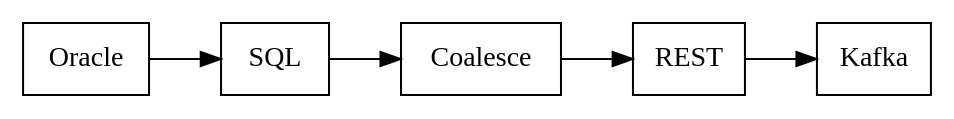
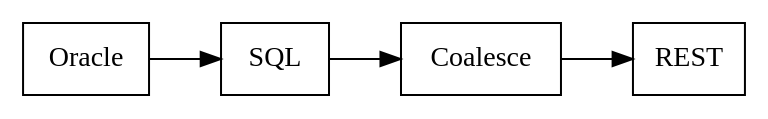
One commit to music-of-the-ainur/almaren-framework changed the fourth of 4 diagrams in docs/images.org. Above: the diagram before and after it, drawn with Graphviz. The commit also changed 1 other file, not shown here.

Commit message:
fixed example 4

```diff
--- a/docs/images.org
+++ b/docs/images.org
@@ -36,6 +36,6 @@
 #+BEGIN_SRC dot :file images/example4.png :cmdline -Kdot -Tpng
   digraph G{
       rankdir=LR node [shape=box, color=black]
-      Oracle -> SQL -> Coalesce -> REST -> Kafka
+      Oracle -> SQL -> Coalesce -> REST
   }
 #+END_SRC
```
